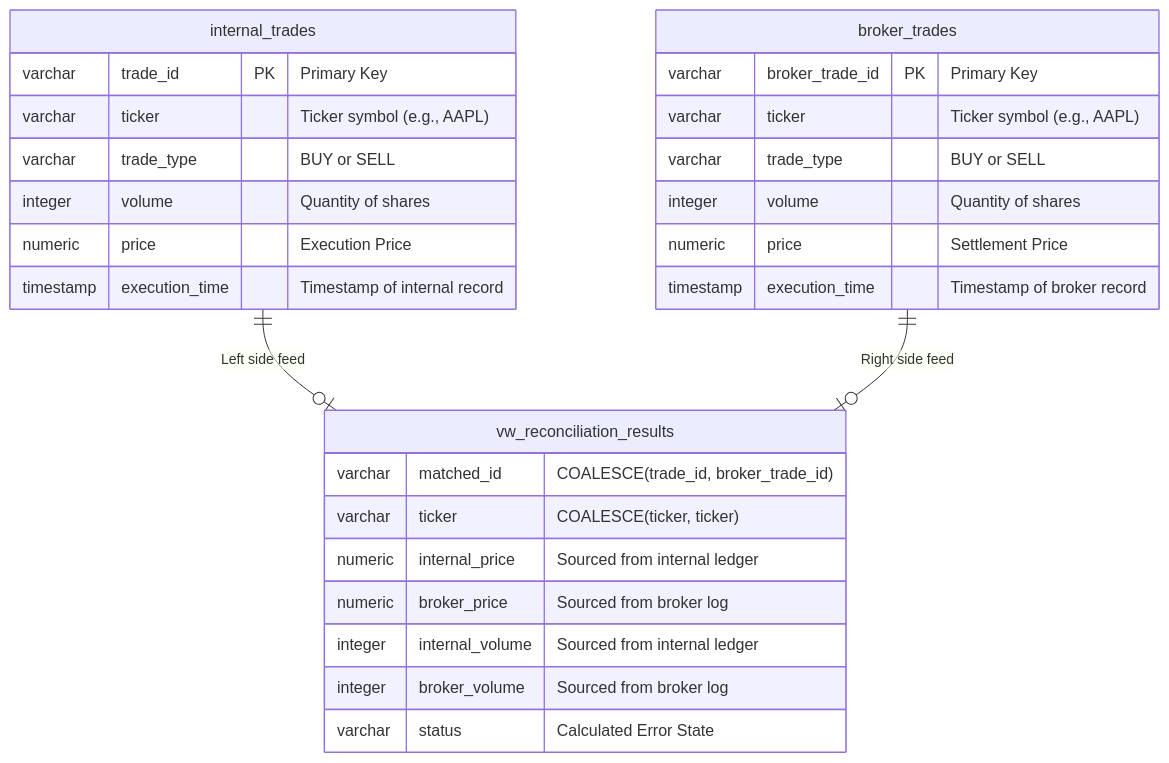
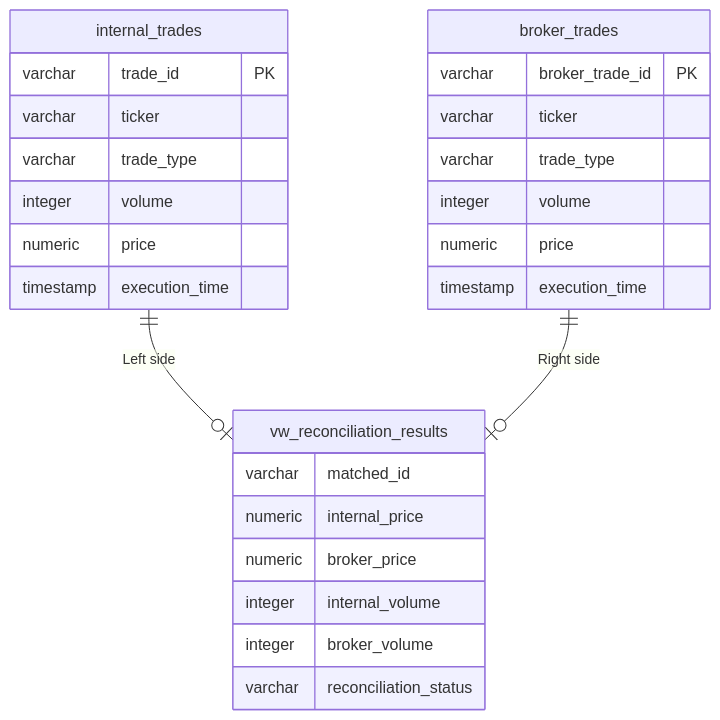
The diagram in README.md (Arjun140205/Trade-reconcilation-engine), drawn with Mermaid before and after one commit. The commit also changed other lines of this file, not shown here.

````diff
--- a/README.md
+++ b/README.md
@@ -42,33 +104,29 @@
 ```mermaid
 erDiagram
     internal_trades {
-        varchar trade_id PK "Primary Key"
-        varchar ticker "Ticker symbol (e.g., AAPL)"
-        varchar trade_type "BUY or SELL"
-        integer volume "Quantity of shares"
-        numeric price "Execution Price"
-        timestamp execution_time "Timestamp of internal record"
+        varchar trade_id PK
+        varchar ticker
+        varchar trade_type
+        integer volume
+        numeric price
+        timestamp execution_time
     }
-
     broker_trades {
-        varchar broker_trade_id PK "Primary Key"
-        varchar ticker "Ticker symbol (e.g., AAPL)"
-        varchar trade_type "BUY or SELL"
-        integer volume "Quantity of shares"
-        numeric price "Settlement Price"
-        timestamp execution_time "Timestamp of broker record"
+        varchar broker_trade_id PK
+        varchar ticker
+        varchar trade_type
+        integer volume
+        numeric price
+        timestamp execution_time
     }
-
     vw_reconciliation_results {
-        varchar matched_id "COALESCE(trade_id, broker_trade_id)"
-        varchar ticker "COALESCE(ticker, ticker)"
-        numeric internal_price "Sourced from internal ledger"
-        numeric broker_price "Sourced from broker log"
-        integer internal_volume "Sourced from internal ledger"
-        integer broker_volume "Sourced from broker log"
-        varchar status "Calculated Error State"
+        varchar matched_id
+        numeric internal_price
+        numeric broker_price
+        integer internal_volume
+        integer broker_volume
+        varchar reconciliation_status
     }
-
-    internal_trades ||--o| vw_reconciliation_results : "Left side feed"
-    broker_trades ||--o| vw_reconciliation_results : "Right side feed"
+    internal_trades ||--o| vw_reconciliation_results : "Left side"
+    broker_trades ||--o| vw_reconciliation_results : "Right side"
 ```
````
